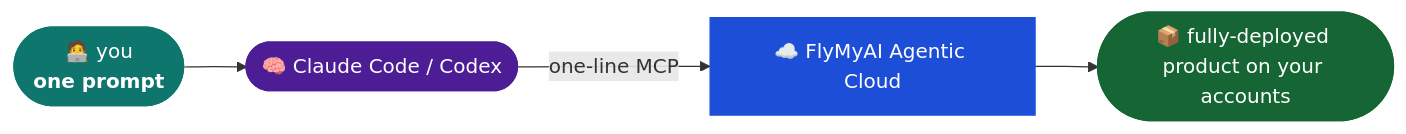
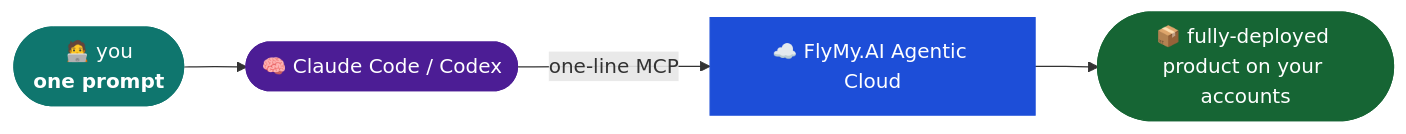
One commit to FlyMyAI/build-with-flymyai changed the diagram in README.md. Above: the diagram before and after it, drawn with Mermaid. The commit also changed other lines of this file and 10 other files, not shown here.

````diff
--- a/README.md
+++ b/README.md
@@ -28,12 +28,12 @@
 ```mermaid
 flowchart LR
     U(["🧑‍💻 you<br/><b>one prompt</b>"]) --> C(["🧠 Claude Code / Codex"])
-    C -->|one-line MCP| CLOUD["☁️ FlyMyAI Agentic Cloud"]
+    C -->|one-line MCP| CLOUD["☁️ FlyMy.AI Agentic Cloud"]
     CLOUD --> OUT(["📦 fully-deployed product on your accounts"])
     
     classDef you fill:#0f766e,stroke:#0f766e,color:#fff;
     classDef agent fill:#4c1d95,stroke:#4c1d95,color:#fff;
     classDef cloud fill:#1d4ed8,stroke:#1d4ed8,color:#fff;
     classDef out fill:#166534,stroke:#166534,color:#fff;
     class U you; class C agent; class CLOUD cloud; class OUT out;
 ```
````
